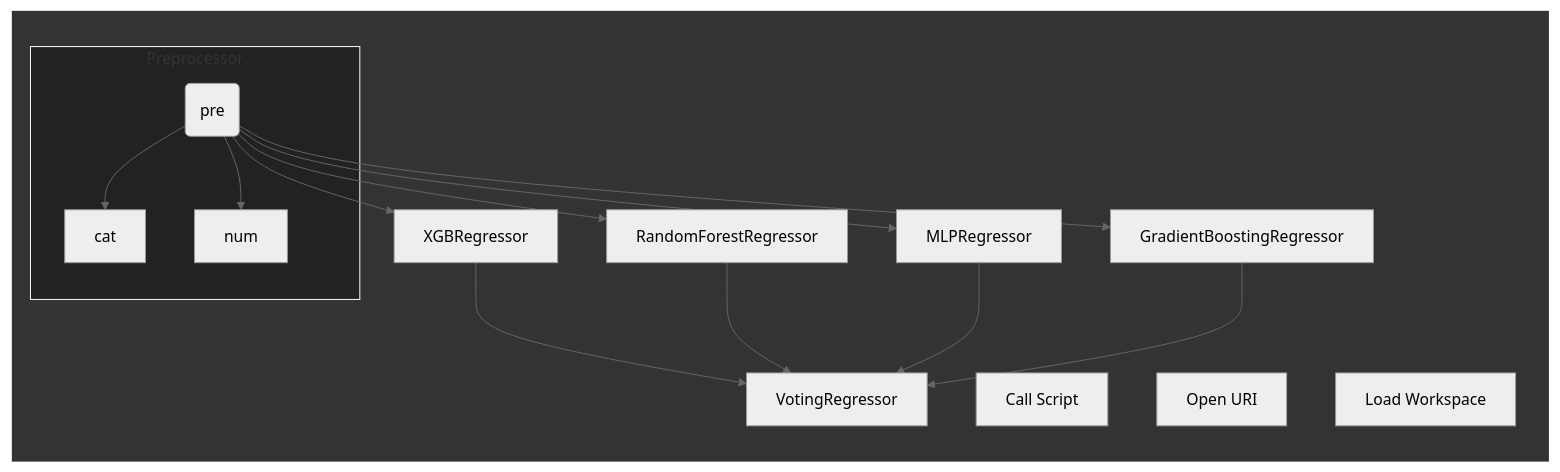
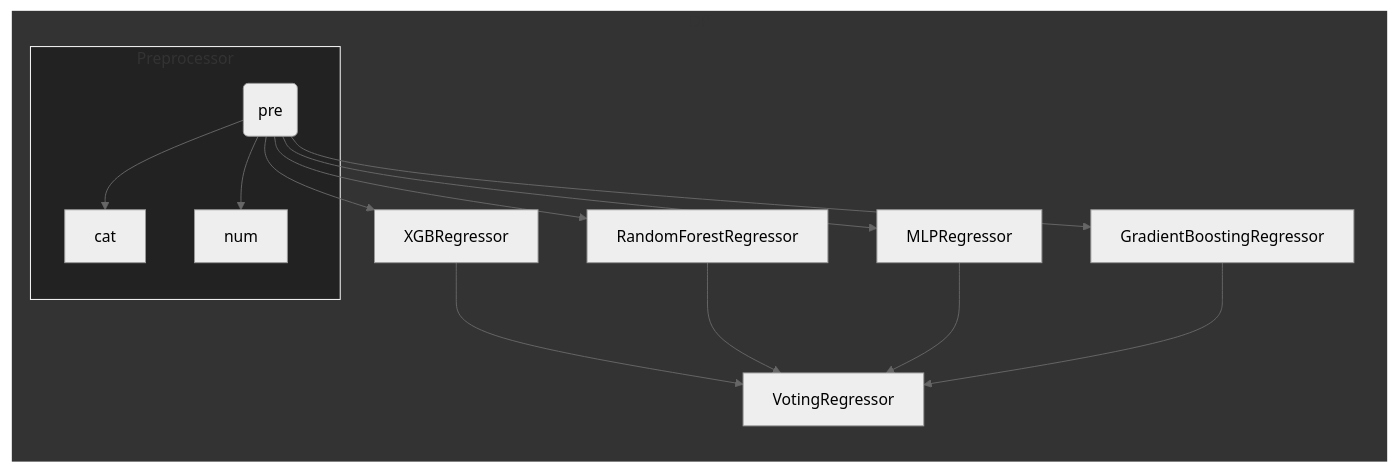
The first of 2 diagrams in Distance-Predictor/README.md (NickBok/Baseball), drawn with Mermaid (neutral theme) before and after one commit.

````diff
--- a/Distance-Predictor/README.md
+++ b/Distance-Predictor/README.md
@@ -71,22 +71,19 @@
 ```mermaid
 graph LR
     subgraph 1[DP]
         subgraph 2[Preprocessor]
             Preprocessor(pre) --> cat;
             Preprocessor(pre) --> num;
         end
-        B[Call Script]
-        C[Open URI]
-        D[Load Workspace]
         Preprocessor-->XGBRegressor;
         Preprocessor-->RandomForestRegressor;
         Preprocessor-->MLPRegressor;
         Preprocessor-->GradientBoostingRegressor;
         XGBRegressor-->VotingRegressor;
         RandomForestRegressor-->VotingRegressor;
         MLPRegressor-->VotingRegressor;
         GradientBoostingRegressor-->VotingRegressor;
     end
 style 1 fill:#333333,stroke:#FFFFFF,stroke-width:2px
 style 2 fill:#222222,stroke:#FFFFFF,stroke-width:1px
 ```
````
